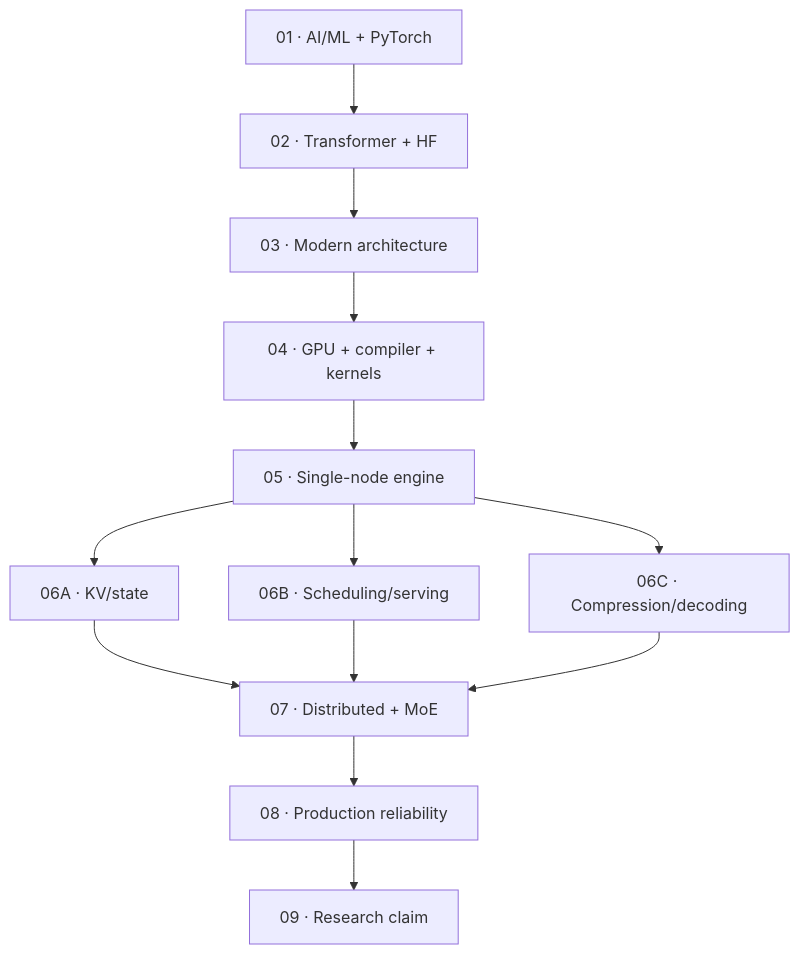
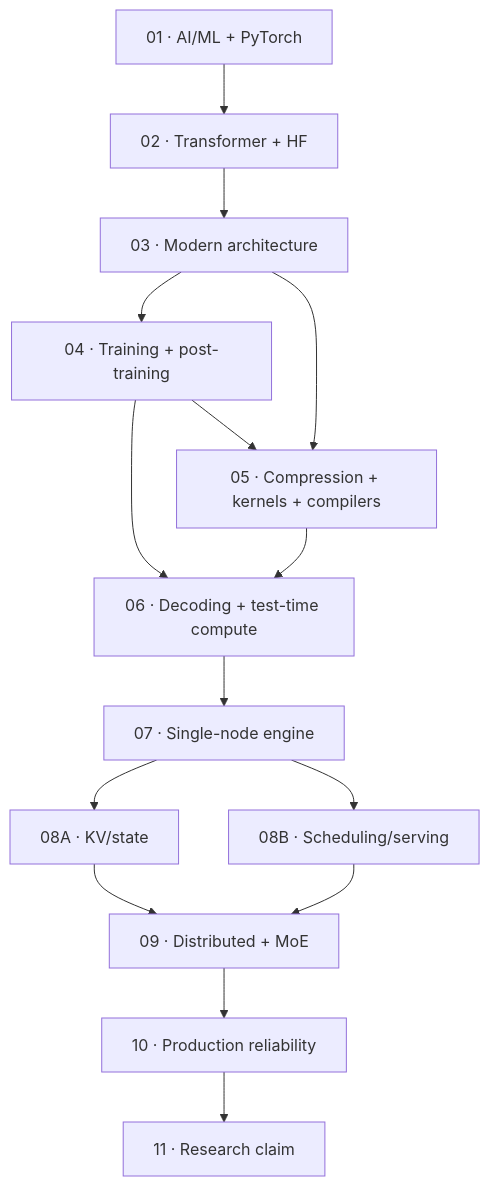
Before and after one commit to Kwan-Yiu/papers: the diagram in LLM/ROADMAP/COMPETENCY-GATES.md, drawn with Mermaid. The commit also changed other lines of this file and 47 other files, not shown here.

Commit message:
Restructure LLM systems research roadmap

````diff
--- a/LLM/ROADMAP/COMPETENCY-GATES.md
+++ b/LLM/ROADMAP/COMPETENCY-GATES.md
@@ -18,23 +16,26 @@
 ```mermaid
 flowchart TD
     G1["01 · AI/ML + PyTorch"]
     G2["02 · Transformer + HF"]
     G3["03 · Modern architecture"]
-    G4["04 · GPU + compiler + kernels"]
-    G5["05 · Single-node engine"]
-    A["06A · KV/state"]
-    B["06B · Scheduling/serving"]
-    C["06C · Compression/decoding"]
-    G7["07 · Distributed + MoE"]
-    G8["08 · Production reliability"]
-    G9["09 · Research claim"]
+    G4["04 · Training + post-training"]
+    G5["05 · Compression + kernels + compilers"]
+    G6["06 · Decoding + test-time compute"]
+    G7["07 · Single-node engine"]
+    A["08A · KV/state"]
+    B["08B · Scheduling/serving"]
+    G9["09 · Distributed + MoE"]
+    G10["10 · Production reliability"]
+    G11["11 · Research claim"]
 
-    G1 --> G2 --> G3 --> G4 --> G5
-    G5 --> A
-    G5 --> B
-    G5 --> C
-    A --> G7
-    B --> G7
-    C --> G7
-    G7 --> G8 --> G9
+    G1 --> G2 --> G3
+    G3 --> G4 --> G5
+    G3 --> G5
+    G4 --> G6
+    G5 --> G6 --> G7
+    G7 --> A
+    G7 --> B
+    A --> G9
+    B --> G9
+    G9 --> G10 --> G11
 ```
````
